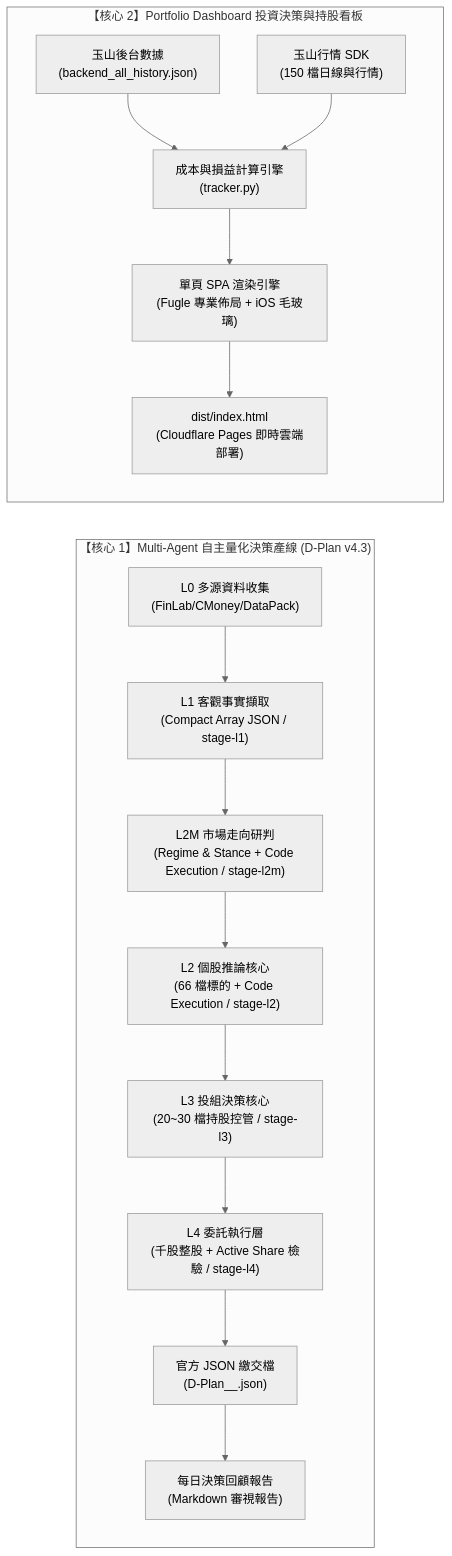
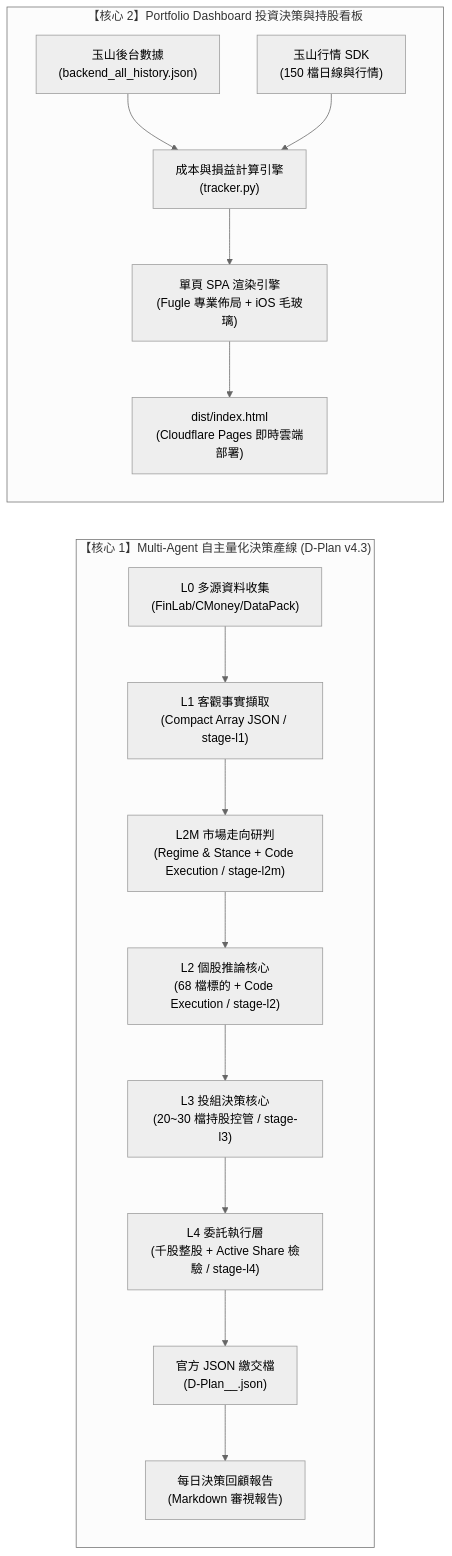
Before and after one commit to codyliao0327/esun-ai-cup-2026: the first of 2 diagrams in README.md, drawn with Mermaid (neutral theme). The commit also changed other lines of this file and 5 other files, not shown here.

````diff
--- a/README.md
+++ b/README.md
@@ -14,19 +14,19 @@
 ```mermaid
 flowchart LR
     subgraph Core1["【核心 1】Multi-Agent 自主量化決策產線 (D-Plan v4.3)"]
         L0["L0 多源資料收集\n(FinLab/CMoney/DataPack)"] --> L1["L1 客觀事實擷取\n(Compact Array JSON / stage-l1)"]
         L1 --> L2M["L2M 市場走向研判\n(Regime & Stance + Code Execution / stage-l2m)"]
-        L2M --> L2["L2 個股推論核心\n(66 檔標的 + Code Execution / stage-l2)"]
+        L2M --> L2["L2 個股推論核心\n(68 檔標的 + Code Execution / stage-l2)"]
         L2 --> L3["L3 投組決策核心\n(20~30 檔持股控管 / stage-l3)"]
         L3 --> L4["L4 委託執行層\n(千股整股 + Active Share 檢驗 / stage-l4)"]
         L4 --> OUT["官方 JSON 繳交檔\n(D-Plan_<team_id>_<date>.json)"]
         OUT --> REP["每日決策回顧報告\n(Markdown 審視報告)"]
     end
 
     subgraph Core2["【核心 2】Portfolio Dashboard 投資決策與持股看板"]
         BACK["玉山後台數據\n(backend_all_history.json)"] --> TRACK["成本與損益計算引擎\n(tracker.py)"]
         ESUN_API["玉山行情 SDK\n(150 檔日線與行情)"] --> TRACK
         TRACK --> BUILD["單頁 SPA 渲染引擎\n(Fugle 專業佈局 + iOS 毛玻璃)"]
         BUILD --> DIST["dist/index.html\n(Cloudflare Pages 即時雲端部署)"]
     end
 ```
````
